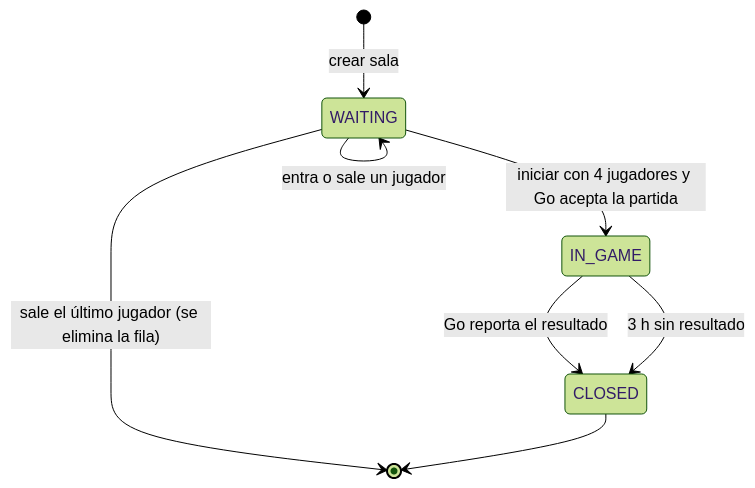
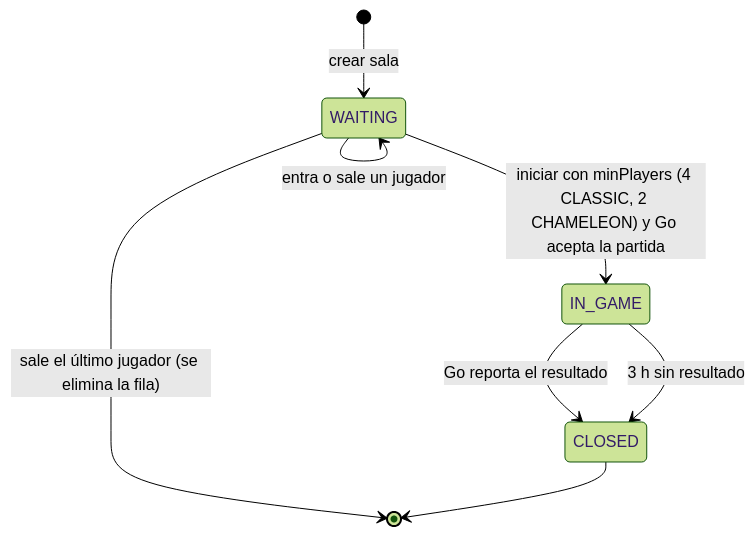
Before and after one commit to soetgdeznsgk/ArchSoft-Group1F: the second of 2 diagrams in lobby-manager/docs/MODELO_DATOS.md, drawn with Mermaid (forest theme). The commit also changed other lines of this file and 35 other files, not shown here.

````diff
--- a/lobby-manager/docs/MODELO_DATOS.md
+++ b/lobby-manager/docs/MODELO_DATOS.md
@@ -74,10 +75,10 @@
 ```mermaid
 stateDiagram-v2
     [*] --> WAITING: crear sala
     WAITING --> WAITING: entra o sale un jugador
     WAITING --> [*]: sale el último jugador (se elimina la fila)
-    WAITING --> IN_GAME: iniciar con 4 jugadores y Go acepta la partida
+    WAITING --> IN_GAME: iniciar con minPlayers (4 CLASSIC, 2 CHAMELEON) y Go acepta la partida
     IN_GAME --> CLOSED: Go reporta el resultado
     IN_GAME --> CLOSED: 3 h sin resultado
     CLOSED --> [*]
 ```
````
